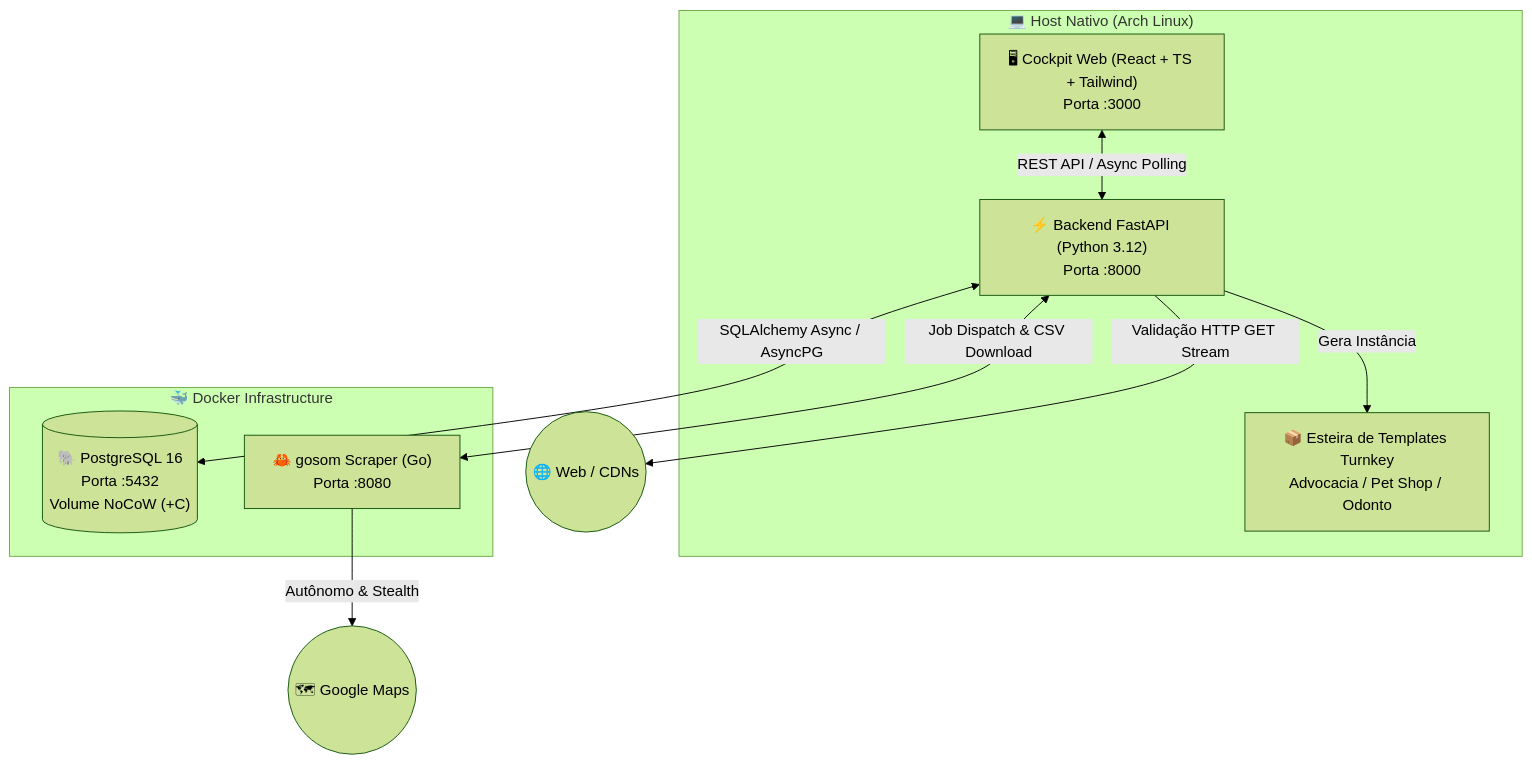
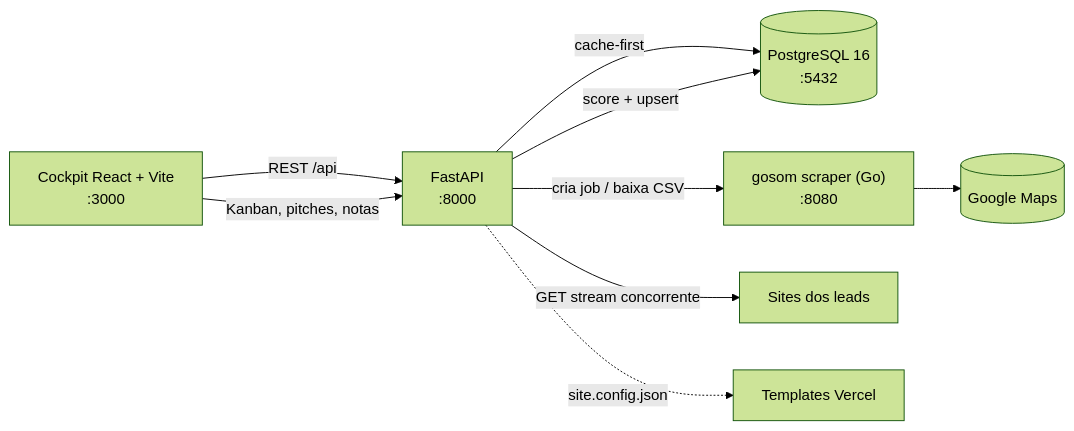
One commit to gabrielolvrz/Abductor changed the diagram in README.md. Above: the diagram before and after it, drawn with Mermaid (forest theme). The commit also changed other lines of this file and 12 other files, not shown here.

````diff
--- a/README.md
+++ b/README.md
@@ -75,22 +47,11 @@
 ```mermaid
-flowchart TD
-    subgraph Host["💻 Host Nativo (Arch Linux)"]
-        UI["🖥 Cockpit Web (React + TS + Tailwind)<br>Porta :3000"]
-        API["⚡ Backend FastAPI (Python 3.12)<br>Porta :8000"]
-        Templates["📦 Esteira de Templates Turnkey<br>Advocacia / Pet Shop / Odonto"]
-    end
-
-    subgraph Docker["🐳 Docker Infrastructure"]
-        PG[("🐘 PostgreSQL 16<br>Porta :5432<br>Volume NoCoW (+C)")]
-        GOSOM["🦀 gosom Scraper (Go)<br>Porta :8080"]
-    end
-
-    GMaps(("🗺 Google Maps"))
-
-    UI <-->|REST API / Async Polling| API
-    API <-->|SQLAlchemy Async / AsyncPG| PG
-    API <-->|Job Dispatch & CSV Download| GOSOM
-    GOSOM -->|Autônomo & Stealth| GMaps
-    API -->|Validação HTTP GET Stream| WebTarget(("🌐 Web / CDNs"))
-    API -->|Gera Instância| Templates
+flowchart LR
+    UI["Cockpit React + Vite<br/>:3000"] -->|"REST /api"| API["FastAPI<br/>:8000"]
+    API -->|"cache-first"| DB[("PostgreSQL 16<br/>:5432")]
+    API -->|"cria job / baixa CSV"| GOSOM["gosom scraper (Go)<br/>:8080"]
+    GOSOM --> GMAPS[("Google Maps")]
+    API -->|"GET stream concorrente"| WEB["Sites dos leads"]
+    API -->|"score + upsert"| DB
+    API -.->|"site.config.json"| TPL["Templates Vercel"]
+    UI -->|"Kanban, pitches, notas"| API
 ```
````
